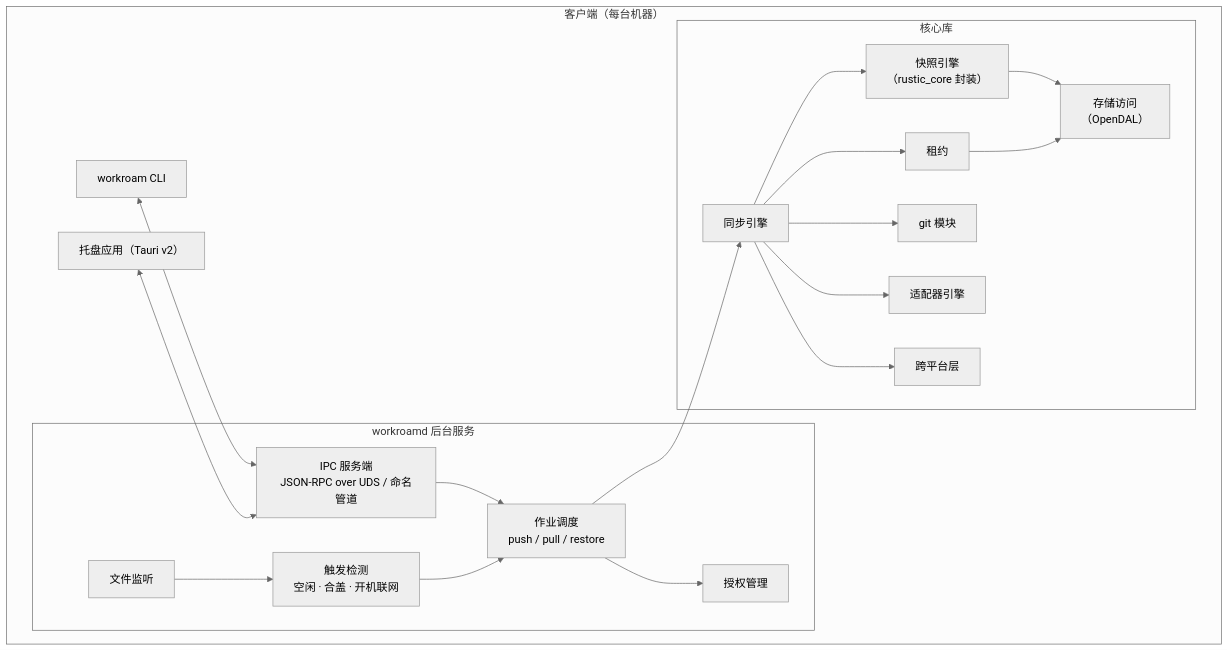
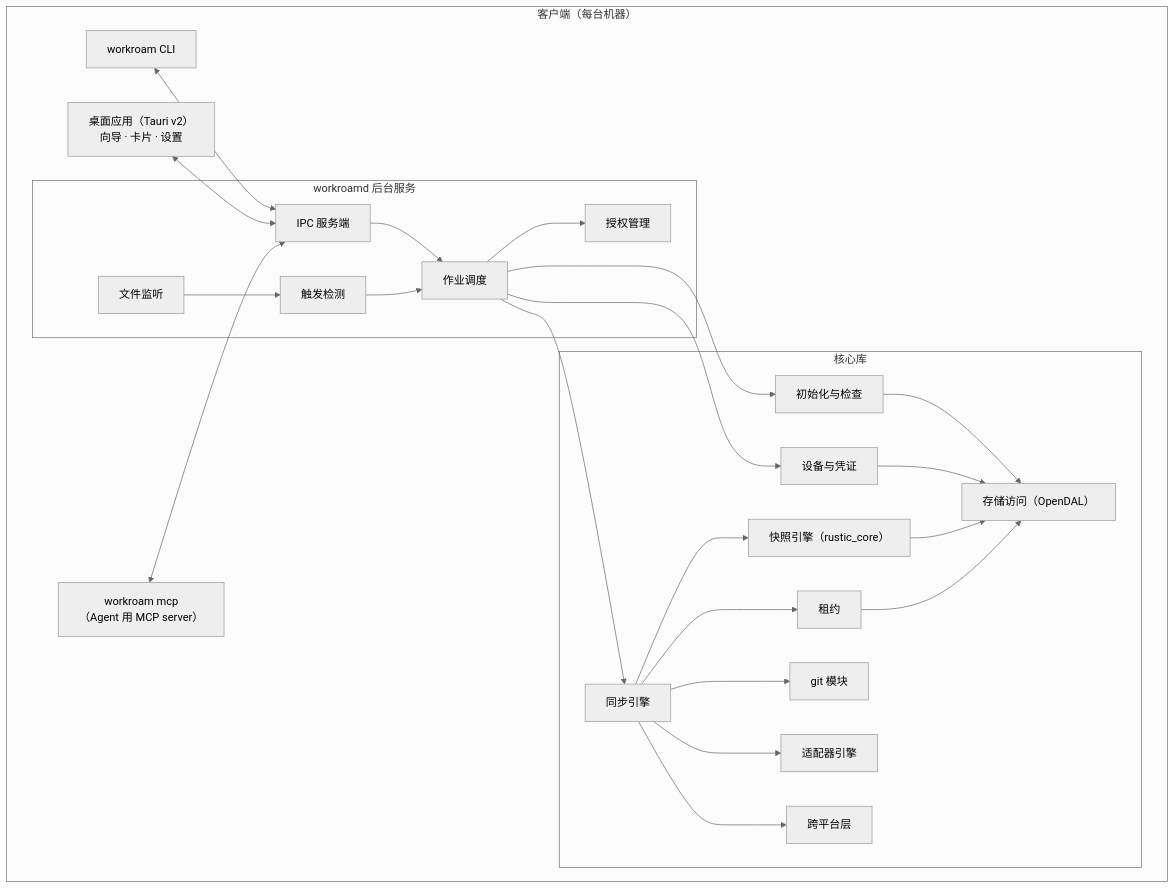
One commit to kverona-ai/workroam changed the second of 10 diagrams in docs/architecture.md. Above: the diagram before and after it, drawn with Mermaid (neutral theme). The commit also changed other lines of this file and 15 other files, not shown here.

First line of the commit message:
docs: first complete PRD and architecture targeting v0.3

````diff
--- a/docs/architecture.md
+++ b/docs/architecture.md
@@ -76,33 +88,38 @@
 ```mermaid
 flowchart TB
     subgraph Client["客户端（每台机器）"]
         CLI["workroam CLI"]
-        Tray["托盘应用（Tauri v2）"]
+        App["桌面应用（Tauri v2）<br/>向导 · 卡片 · 设置"]
+        MCP["workroam mcp<br/>（Agent 用 MCP server）"]
         subgraph D["workroamd 后台服务"]
-            API["IPC 服务端<br/>JSON-RPC over UDS / 命名管道"]
-            Jobs["作业调度<br/>push / pull / restore"]
-            Trig["触发检测<br/>空闲 · 合盖 · 开机联网"]
+            API["IPC 服务端"]
+            Jobs["作业调度"]
+            Trig["触发检测"]
             Watch["文件监听"]
             Appr["授权管理"]
         end
         subgraph Core["核心库"]
-            Sync["同步引擎"]
-            Snap["快照引擎<br/>（rustic_core 封装）"]
+            Setup["初始化与检查"]
+            Dev["设备与凭证"]
+            Engine["同步引擎"]
+            Snap["快照引擎（rustic_core）"]
             Lease["租约"]
             Git["git 模块"]
             Adpt["适配器引擎"]
             XP["跨平台层"]
-            Store["存储访问<br/>（OpenDAL）"]
+            Store["存储访问（OpenDAL）"]
         end
     end
     CLI <--> API
-    Tray <--> API
+    App <--> API
+    MCP <--> API
     API --> Jobs
-    Trig --> Jobs
-    Watch --> Trig
+    Watch --> Trig --> Jobs
     Jobs --> Appr
-    Jobs --> Sync
-    Sync --> Snap & Lease & Git & Adpt & XP
+    Jobs --> Setup & Dev & Engine
+    Engine --> Snap & Lease & Git & Adpt & XP
+    Setup --> Store
+    Dev --> Store
     Snap --> Store
     Lease --> Store
 ```
````
